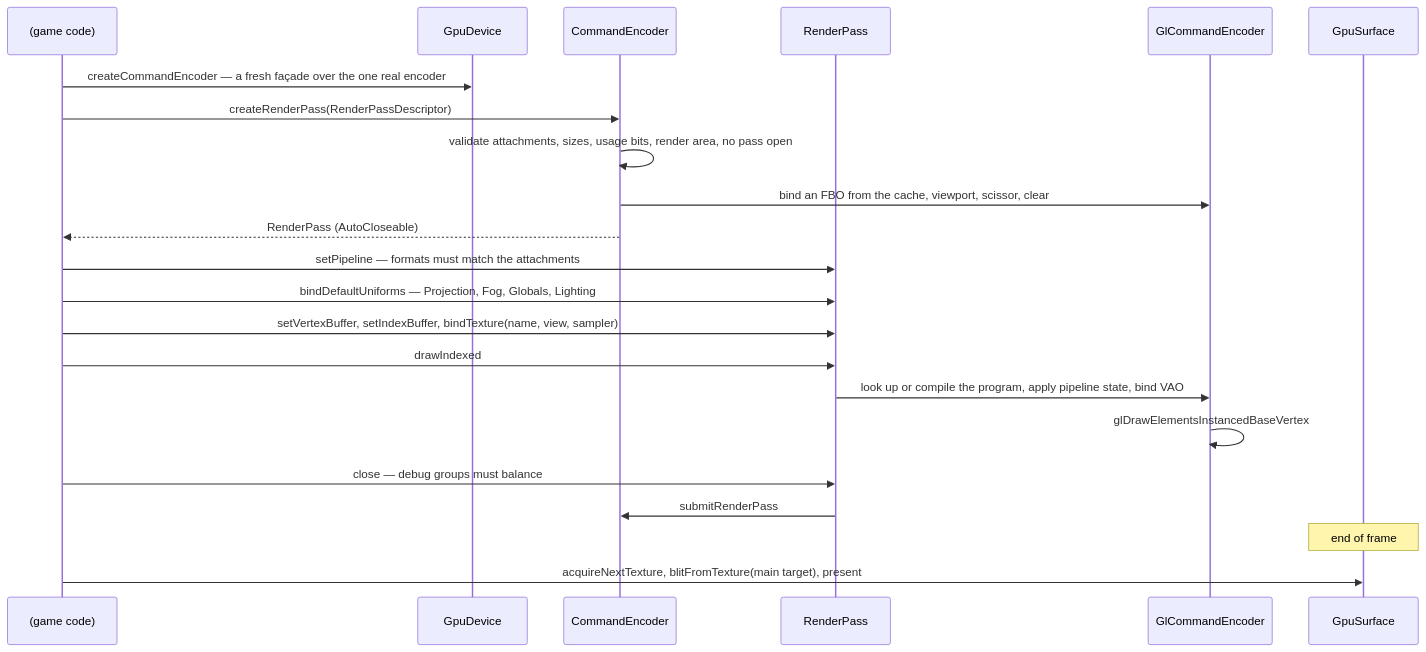
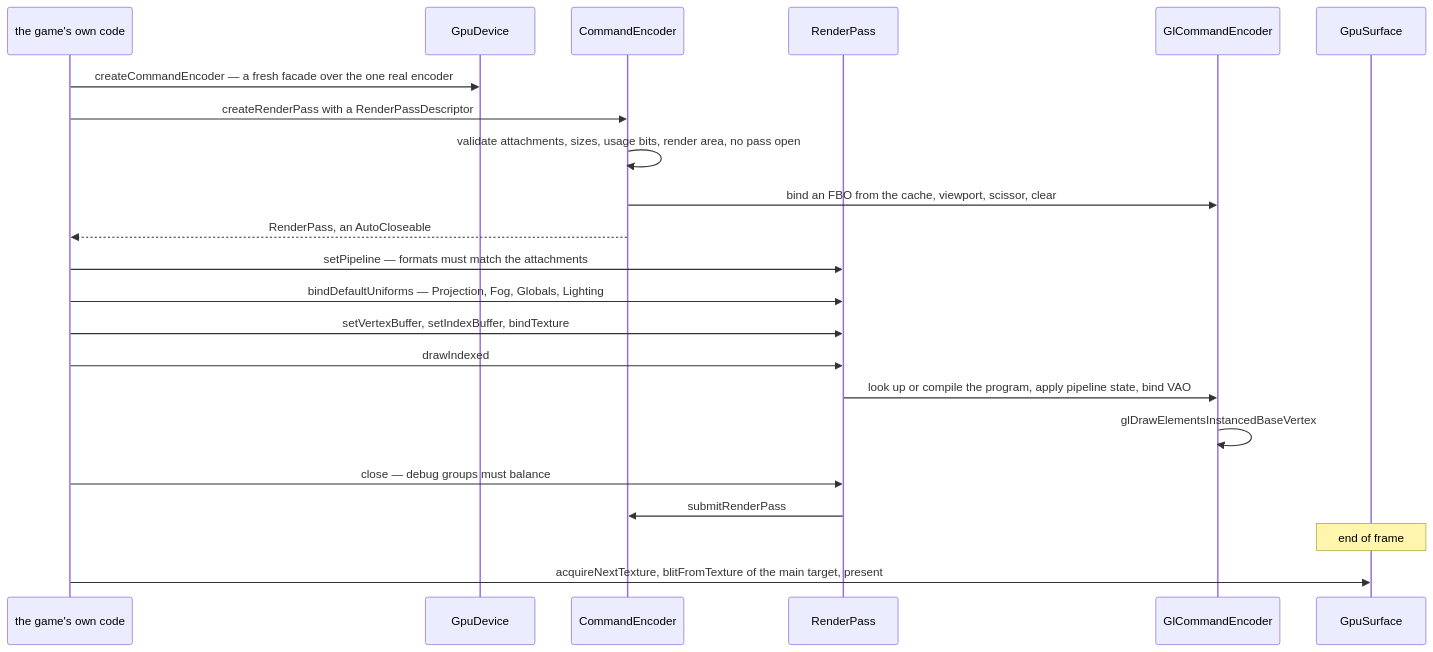
The second of 2 diagrams in src/systems/rendering/blaze3d.md (AlexanderjFraser/MinecraftDocs), drawn with Mermaid before and after one commit. The commit also changed other lines of this file and 29 other files, not shown here.

````diff
--- a/src/systems/rendering/blaze3d.md
+++ b/src/systems/rendering/blaze3d.md
@@ -207,25 +227,25 @@
 ```mermaid
 sequenceDiagram
-    participant G as (game code)
-    participant D as GpuDevice
+    participant Game as the game's own code
+    participant GD as GpuDevice
     participant CE as CommandEncoder
     participant RP as RenderPass
-    participant B as GlCommandEncoder
-    participant S as GpuSurface
+    participant GlCE as GlCommandEncoder
+    participant GpuS as GpuSurface
 
-    G->>D: createCommandEncoder — a fresh façade over the one real encoder
-    G->>CE: createRenderPass(RenderPassDescriptor)
+    Game->>GD: createCommandEncoder — a fresh facade over the one real encoder
+    Game->>CE: createRenderPass with a RenderPassDescriptor
     CE->>CE: validate attachments, sizes, usage bits, render area, no pass open
-    CE->>B: bind an FBO from the cache, viewport, scissor, clear
-    CE-->>G: RenderPass (AutoCloseable)
-    G->>RP: setPipeline — formats must match the attachments
-    G->>RP: bindDefaultUniforms — Projection, Fog, Globals, Lighting
-    G->>RP: setVertexBuffer, setIndexBuffer, bindTexture(name, view, sampler)
-    G->>RP: drawIndexed
-    RP->>B: look up or compile the program, apply pipeline state, bind VAO
-    B->>B: glDrawElementsInstancedBaseVertex
-    G->>RP: close — debug groups must balance
+    CE->>GlCE: bind an FBO from the cache, viewport, scissor, clear
+    CE-->>Game: RenderPass, an AutoCloseable
+    Game->>RP: setPipeline — formats must match the attachments
+    Game->>RP: bindDefaultUniforms — Projection, Fog, Globals, Lighting
+    Game->>RP: setVertexBuffer, setIndexBuffer, bindTexture
+    Game->>RP: drawIndexed
+    RP->>GlCE: look up or compile the program, apply pipeline state, bind VAO
+    GlCE->>GlCE: glDrawElementsInstancedBaseVertex
+    Game->>RP: close — debug groups must balance
     RP->>CE: submitRenderPass
-    Note over S: end of frame
-    G->>S: acquireNextTexture, blitFromTexture(main target), present
+    Note over GpuS: end of frame
+    Game->>GpuS: acquireNextTexture, blitFromTexture of the main target, present
 ```
````
